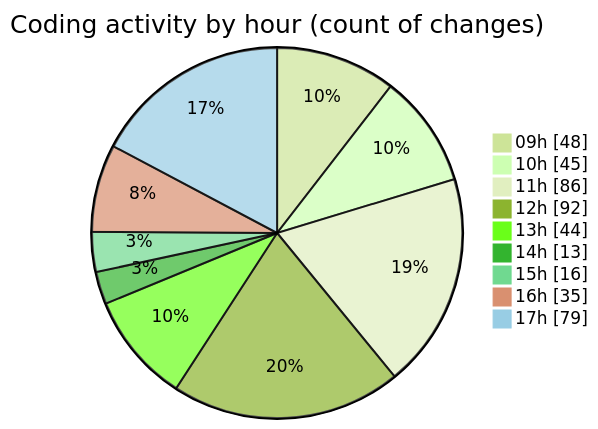
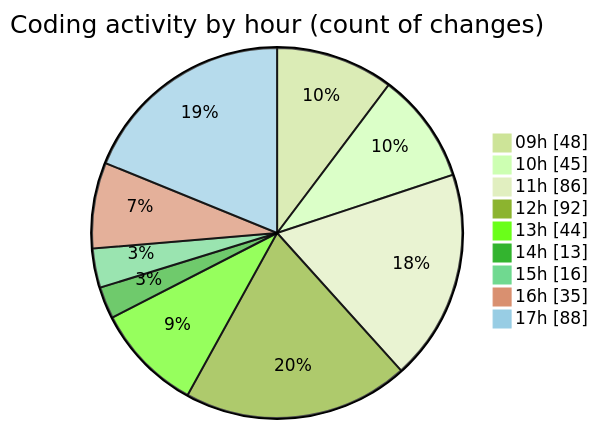
The second of 2 diagrams in 2025-03-14/cda/README.md (momahboobian/code-tracking), drawn with Mermaid (forest theme) before and after one commit. The commit also changed other lines of this file and 1 other file, not shown here.

````diff
--- a/2025-03-14/cda/README.md
+++ b/2025-03-14/cda/README.md
@@ -51,13 +51,13 @@
 ```mermaid
 pie showData
 title Coding activity by hour (count of changes)
 "09h" : 48
 "10h" : 45
 "11h" : 86
 "12h" : 92
 "13h" : 44
 "14h" : 13
 "15h" : 16
 "16h" : 35
-"17h" : 79
+"17h" : 88
 ```
````
